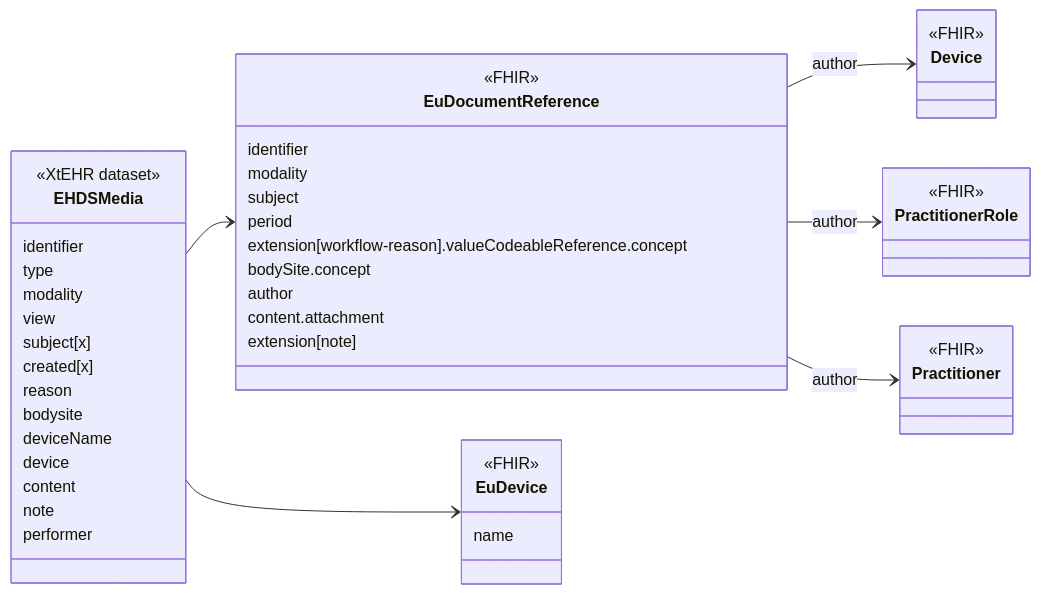
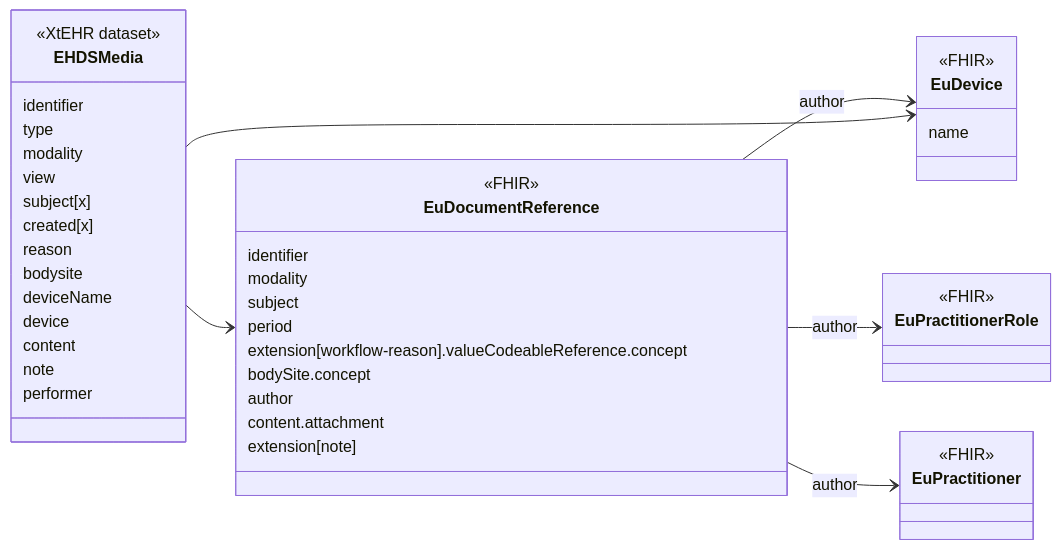
Before and after one commit to oijauregui/ehdsimaging: the diagram in input/intro-notes/ConceptMap-EHDSMediaMap-intro.md, drawn with Mermaid. The commit also changed 25 other files, not shown here.

````diff
--- a/input/intro-notes/ConceptMap-EHDSMediaMap-intro.md
+++ b/input/intro-notes/ConceptMap-EHDSMediaMap-intro.md
@@ -5,53 +5,53 @@
 ```mermaid
 classDiagram
 direction LR
 class EHDSMedia {
   <<XtEHR dataset>>
   identifier
   type
   modality
   view
   subject[x]
   created[x]
   reason
   bodysite
   deviceName
   device
   content
   note
   performer
 }
 link EHDSMedia "https://build.fhir.org/ig/Xt-EHR/xt-ehr-common/StructureDefinition-EHDSMedia.html"
 class EuDocumentReference{
   <<FHIR>>
   identifier
   modality
   subject
   period
   extension[workflow-reason].valueCodeableReference.concept
   bodySite.concept
   author
   content.attachment
   extension[note]
 }
 
 class EuDevice{
   <<FHIR>>
   name
 }
 
-class Device {
+class EuDevice {
   <<FHIR>>
 }
-class PractitionerRole {
+class EuPractitionerRole {
   <<FHIR>>
 }
-class  Practitioner {
+class  EuPractitioner {
   <<FHIR>>
 }
 EHDSMedia --> EuDocumentReference
-EuDocumentReference --> Device : author
-EuDocumentReference --> PractitionerRole : author
-EuDocumentReference -->  Practitioner : author
+EuDocumentReference --> EuDevice : author
+EuDocumentReference --> EuPractitionerRole : author
+EuDocumentReference -->  EuPractitioner : author
 EHDSMedia --> EuDevice
 ```
````
